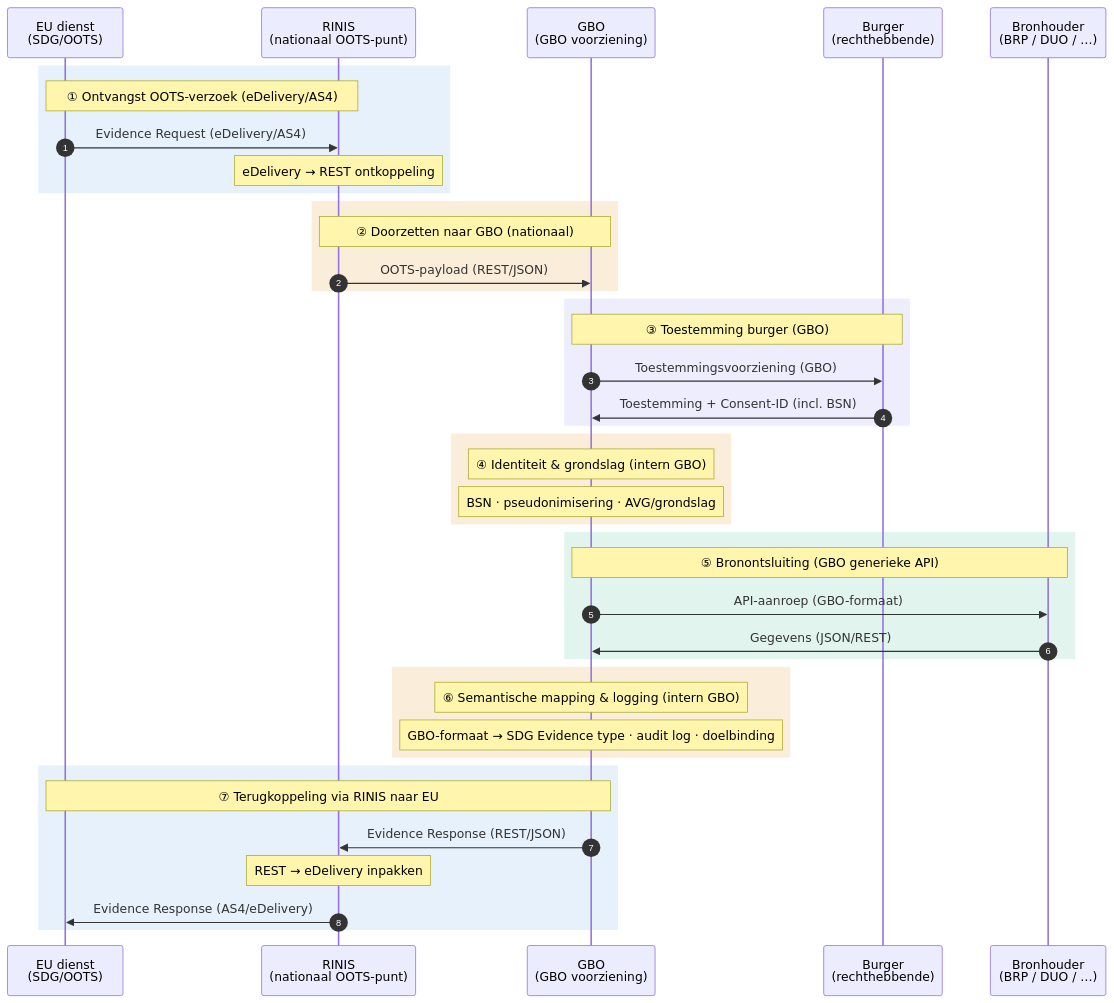
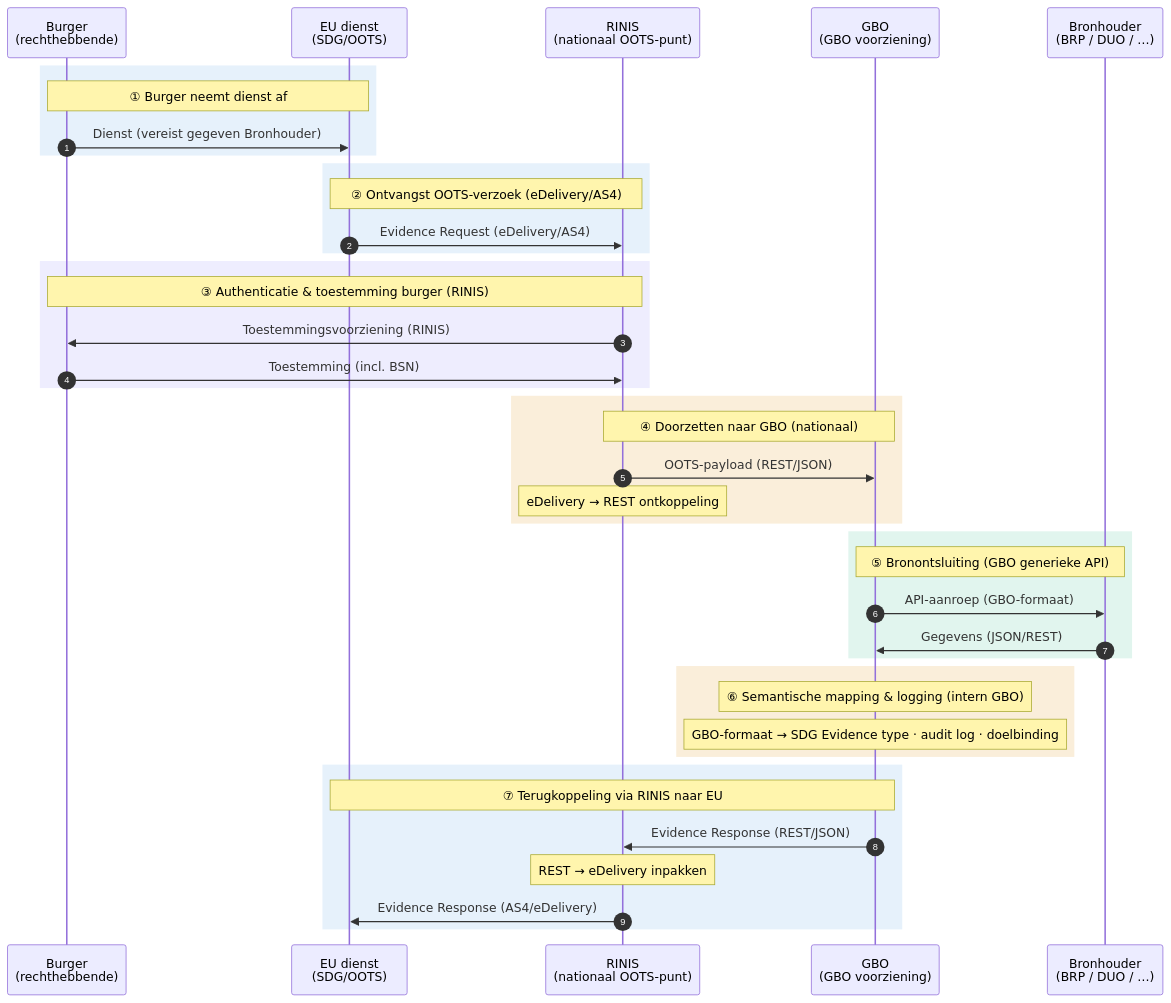
Before and after one commit to ICTU/GBO: the diagram in docs/diagrammen/interactiepatroon-SDG-OOTS-verzoek.mmd, drawn with Mermaid. The commit also changed 8 other files, not shown here.

````diff
--- a/docs/diagrammen/interactiepatroon-SDG-OOTS-verzoek.mmd
+++ b/docs/diagrammen/interactiepatroon-SDG-OOTS-verzoek.mmd
@@ -1,51 +1,52 @@
 ``` mermaid
 
 sequenceDiagram
     autonumber
+    participant BRG as Burger<br/>(rechthebbende)
     participant EU as EU dienst<br/>(SDG/OOTS)
     participant RINIS as RINIS<br/>(nationaal OOTS-punt)
     participant GBO as GBO<br/>(GBO voorziening)
-    participant BRG as Burger<br/>(rechthebbende)
     participant BRH as Bronhouder<br/>(BRP / DUO / …)
 
     rect rgb(230, 241, 251)
-        Note over EU,RINIS: ① Ontvangst OOTS-verzoek (eDelivery/AS4)
+        Note over BRG,EU: ① Burger neemt dienst af
+        BRG->>EU: Dienst (vereist gegeven Bronhouder)
+    end
+
+    rect rgb(230, 241, 251)
+        Note over EU,RINIS: ② Ontvangst OOTS-verzoek (eDelivery/AS4)
         EU->>RINIS: Evidence Request (eDelivery/AS4)
-        Note over RINIS: eDelivery → REST ontkoppeling
+    end
+
+
+    rect rgb(238, 237, 254)
+        Note over RINIS,BRG: ③ Authenticatie & toestemming burger (RINIS)
+        RINIS->>BRG: Toestemmingsvoorziening (RINIS)
+        BRG->>RINIS: Toestemming (incl. BSN)
     end
 
     rect rgb(250, 238, 218)
-        Note over RINIS,GBO: ② Doorzetten naar GBO (nationaal)
+        Note over RINIS,GBO: ④ Doorzetten naar GBO (nationaal)
         RINIS->>GBO: OOTS-payload (REST/JSON)
-    end
-
-    rect rgb(238, 237, 254)
-        Note over GBO,BRG: ③ Toestemming burger (GBO)
-        GBO->>BRG: Toestemmingsvoorziening (GBO)
-        BRG->>GBO: Toestemming + Consent-ID (incl. BSN)
-    end
-
-    rect rgb(250, 238, 218)
-        Note over GBO: ④ Identiteit & grondslag (intern GBO)
-        Note over GBO: BSN · pseudonimisering · AVG/grondslag
+        Note over RINIS: eDelivery → REST ontkoppeling
     end
 
     rect rgb(225, 245, 238)
         Note over GBO,BRH: ⑤ Bronontsluiting (GBO generieke API)
         GBO->>BRH: API-aanroep (GBO-formaat)
         BRH->>GBO: Gegevens (JSON/REST)
     end
 
     rect rgb(250, 238, 218)
         Note over GBO: ⑥ Semantische mapping & logging (intern GBO)
         Note over GBO: GBO-formaat → SDG Evidence type · audit log · doelbinding
     end
 
     rect rgb(230, 241, 251)
         Note over GBO,EU: ⑦ Terugkoppeling via RINIS naar EU
         GBO->>RINIS: Evidence Response (REST/JSON)
         Note over RINIS: REST → eDelivery inpakken
         RINIS->>EU: Evidence Response (AS4/eDelivery)
     end
 
 ```
````
